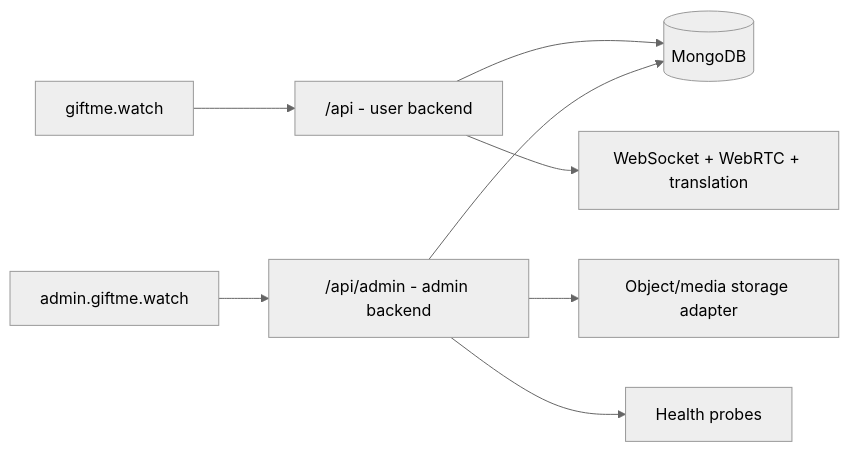
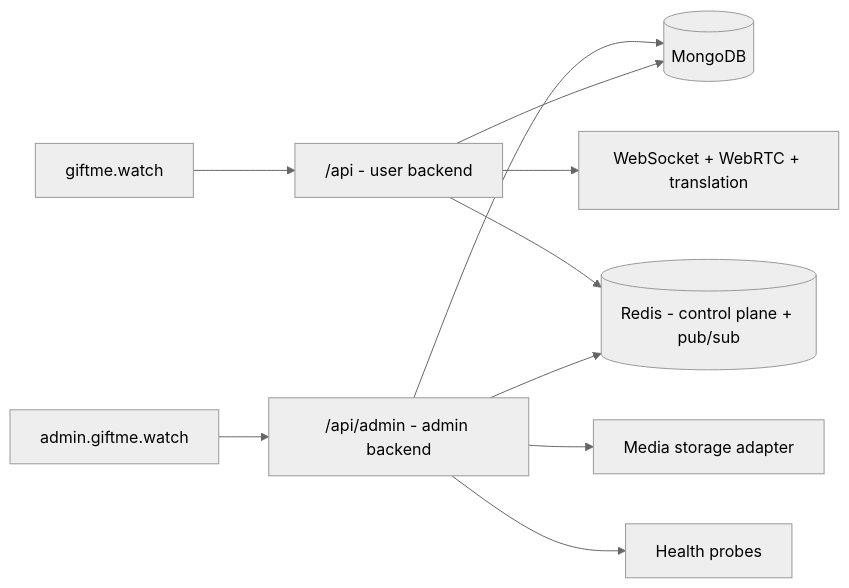
Before and after one commit to punarmilan/translation_bot: the first of 2 diagrams in docs/ADMIN_ARCHITECTURE.md, drawn with Mermaid (neutral theme). The commit also changed other lines of this file and 59 other files, not shown here.

````diff
--- a/docs/ADMIN_ARCHITECTURE.md
+++ b/docs/ADMIN_ARCHITECTURE.md
@@ -19,10 +23,12 @@
 ```mermaid
 flowchart LR
     User["giftme.watch"] --> UserAPI["/api - user backend"]
     Admin["admin.giftme.watch"] --> AdminAPI["/api/admin - admin backend"]
     UserAPI --> MongoDB[("MongoDB")]
     AdminAPI --> MongoDB
-    AdminAPI --> Media["Object/media storage adapter"]
+    AdminAPI --> Media["Media storage adapter"]
+    AdminAPI --> Redis[("Redis - control plane + pub/sub")]
+    UserAPI --> Redis
     AdminAPI --> Services["Health probes"]
     UserAPI --> Meeting["WebSocket + WebRTC + translation"]
 ```
````
